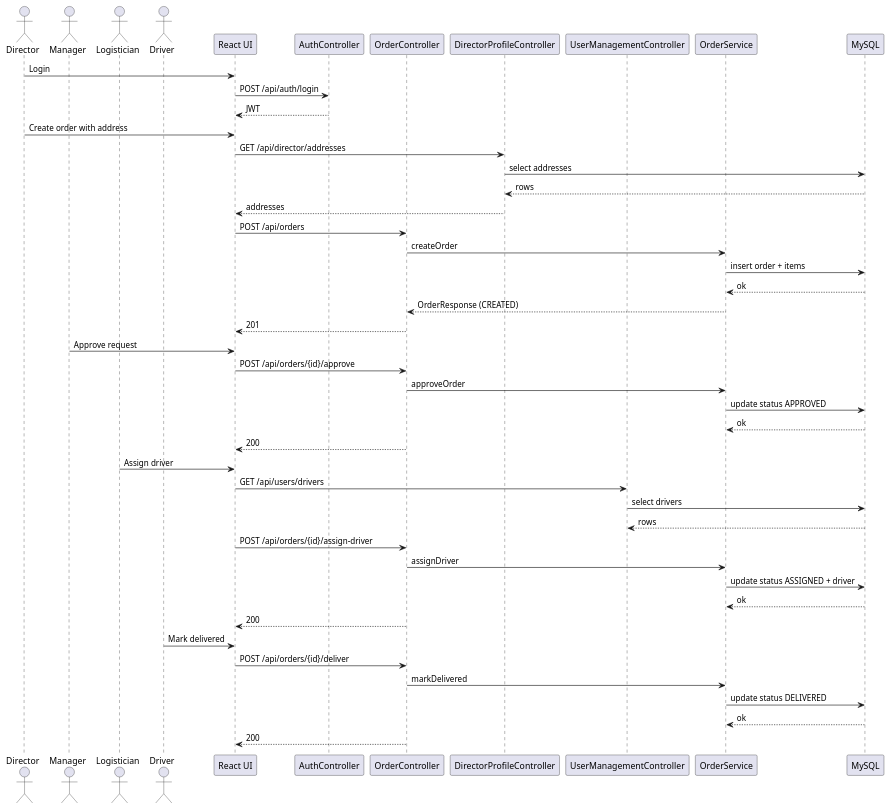
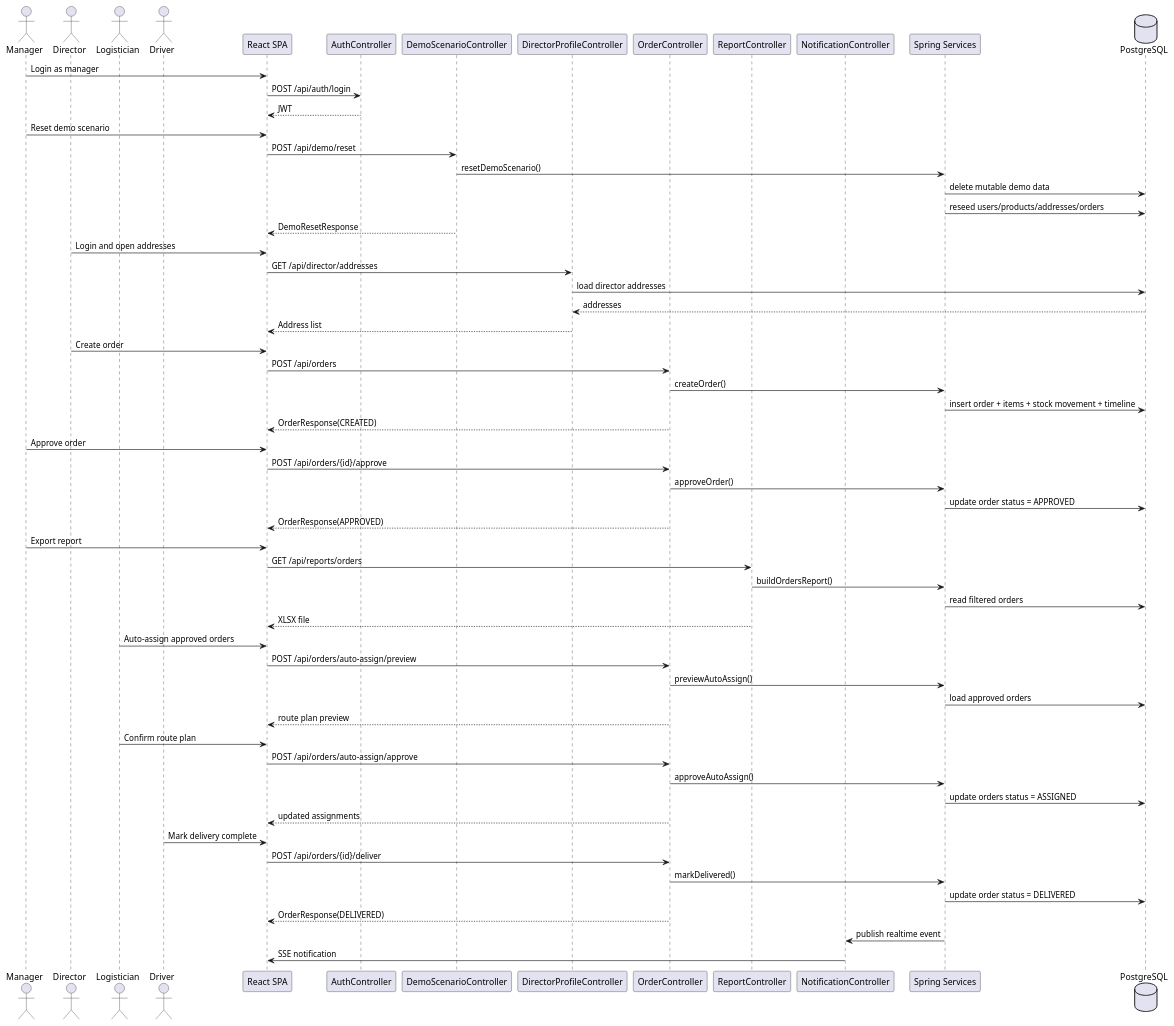
One commit to mkmacupe/farmer changed the diagram in docs/diagrams/sequence.puml. Above: the diagram before and after it, drawn with PlantUML. The commit also changed 19 other files, not shown here.

Commit message:
Add defense demo reset flow and docs

```diff
--- a/docs/diagrams/sequence.puml
+++ b/docs/diagrams/sequence.puml
@@ -1,54 +1,72 @@
 @startuml
+actor Manager
 actor Director
-actor Manager
 actor Logistician
 actor Driver
 
-participant "React UI" as UI
+participant "React SPA" as UI
 participant "AuthController" as Auth
+participant "DemoScenarioController" as Demo
+participant "DirectorProfileController" as Profile
 participant "OrderController" as Order
-participant "DirectorProfileController" as Profile
-participant "UserManagementController" as Users
-participant "OrderService" as Service
-participant "MySQL" as DB
+participant "ReportController" as Report
+participant "NotificationController" as Notifications
+participant "Spring Services" as Service
+database "PostgreSQL" as DB
 
-Director -> UI: Login
+Manager -> UI: Login as manager
 UI -> Auth: POST /api/auth/login
 Auth --> UI: JWT
 
-Director -> UI: Create order with address
+Manager -> UI: Reset demo scenario
+UI -> Demo: POST /api/demo/reset
+Demo -> Service: resetDemoScenario()
+Service -> DB: delete mutable demo data
+Service -> DB: reseed users/products/addresses/orders
+Demo --> UI: DemoResetResponse
+
+Director -> UI: Login and open addresses
 UI -> Profile: GET /api/director/addresses
-Profile -> DB: select addresses
-DB --> Profile: rows
-Profile --> UI: addresses
+Profile -> DB: load director addresses
+DB --> Profile: addresses
+Profile --> UI: Address list
+
+Director -> UI: Create order
 UI -> Order: POST /api/orders
-Order -> Service: createOrder
-Service -> DB: insert order + items
-DB --> Service: ok
-Service --> Order: OrderResponse (CREATED)
-Order --> UI: 201
+Order -> Service: createOrder()
+Service -> DB: insert order + items + stock movement + timeline
+Order --> UI: OrderResponse(CREATED)
 
-Manager -> UI: Approve request
+Manager -> UI: Approve order
 UI -> Order: POST /api/orders/{id}/approve
-Order -> Service: approveOrder
-Service -> DB: update status APPROVED
-DB --> Service: ok
-Order --> UI: 200
+Order -> Service: approveOrder()
+Service -> DB: update order status = APPROVED
+Order --> UI: OrderResponse(APPROVED)
 
-Logistician -> UI: Assign driver
-UI -> Users: GET /api/users/drivers
-Users -> DB: select drivers
-DB --> Users: rows
-UI -> Order: POST /api/orders/{id}/assign-driver
-Order -> Service: assignDriver
-Service -> DB: update status ASSIGNED + driver
-DB --> Service: ok
-Order --> UI: 200
+Manager -> UI: Export report
+UI -> Report: GET /api/reports/orders
+Report -> Service: buildOrdersReport()
+Service -> DB: read filtered orders
+Report --> UI: XLSX file
 
-Driver -> UI: Mark delivered
+Logistician -> UI: Auto-assign approved orders
+UI -> Order: POST /api/orders/auto-assign/preview
+Order -> Service: previewAutoAssign()
+Service -> DB: load approved orders
+Order --> UI: route plan preview
+
+Logistician -> UI: Confirm route plan
+UI -> Order: POST /api/orders/auto-assign/approve
+Order -> Service: approveAutoAssign()
+Service -> DB: update orders status = ASSIGNED
+Order --> UI: updated assignments
+
+Driver -> UI: Mark delivery complete
 UI -> Order: POST /api/orders/{id}/deliver
-Order -> Service: markDelivered
-Service -> DB: update status DELIVERED
-DB --> Service: ok
-Order --> UI: 200
+Order -> Service: markDelivered()
+Service -> DB: update order status = DELIVERED
+Order --> UI: OrderResponse(DELIVERED)
+
+Service -> Notifications: publish realtime event
+Notifications -> UI: SSE notification
 @enduml
```
